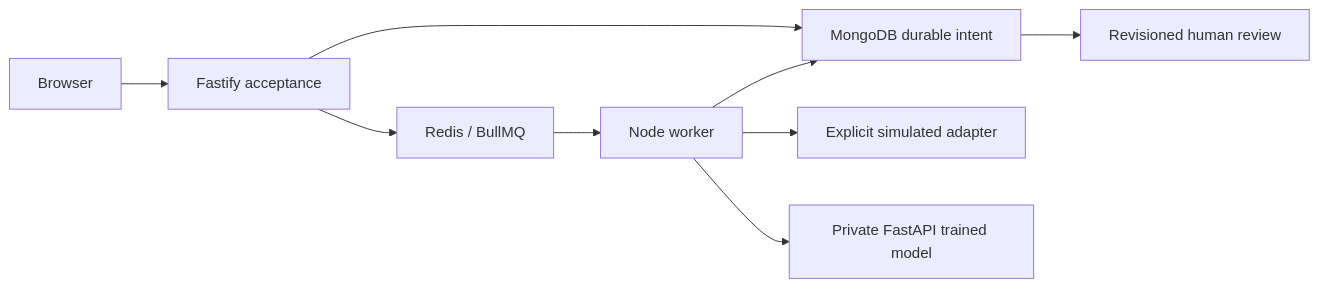
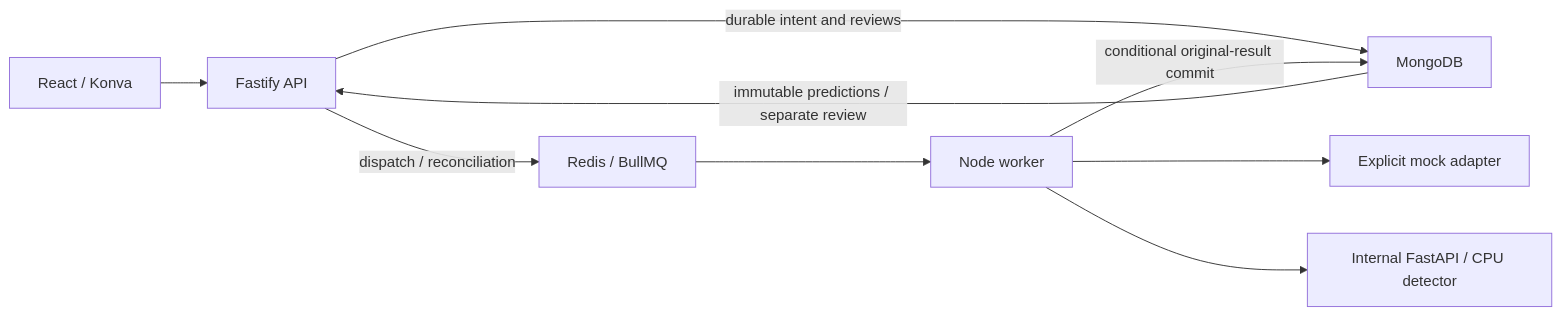
Before and after one commit to ThePhysic/visual-inspection-platform-pcb: the diagram in README.md, drawn with Mermaid. The commit also changed other lines of this file and 6 other files, not shown here.

Commit message:
docs: lead with trained PCB review and reproducible public setup

````diff
--- a/README.md
+++ b/README.md
@@ -28,11 +100,11 @@
 ```mermaid
 flowchart LR
-  Browser --> API[Fastify acceptance]
-  API --> Mongo[MongoDB durable intent]
-  API --> Queue[Redis / BullMQ]
+  Browser[React / Konva] --> API[Fastify API]
+  API -->|durable intent and reviews| Mongo[MongoDB]
+  API -->|dispatch / reconciliation| Queue[Redis / BullMQ]
   Queue --> Worker[Node worker]
-  Worker --> Mock[Explicit simulated adapter]
-  Worker --> Python[Private FastAPI trained model]
-  Worker --> Mongo
-  Mongo --> Review[Revisioned human review]
+  Worker --> Mock[Explicit mock adapter]
+  Worker --> Python[Internal FastAPI / CPU detector]
+  Worker -->|conditional original-result commit| Mongo
+  Mongo -->|immutable predictions / separate review| API
 ```
````
